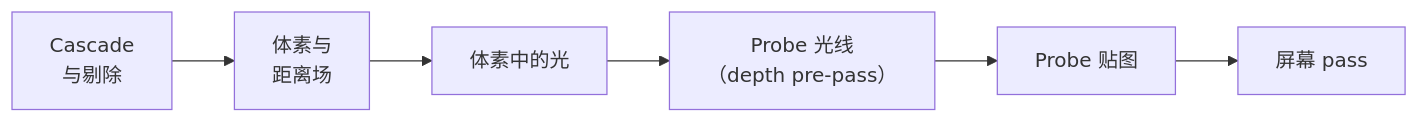
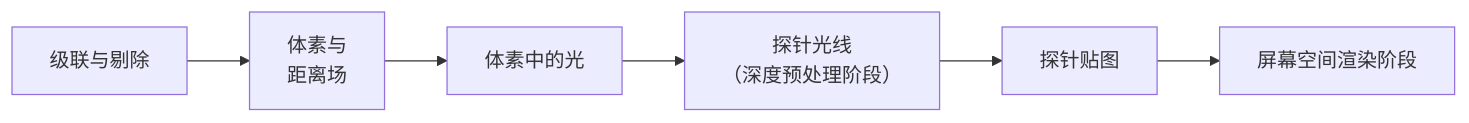
The diagram in packages/godot_sdfgi/video/zh-CN/diagrams/frame.mmd (OppositeNor/render-lab), drawn with Mermaid before and after one commit. The commit also changed 122 other files, not shown here.

```diff
--- a/packages/godot_sdfgi/video/zh-CN/diagrams/frame.mmd
+++ b/packages/godot_sdfgi/video/zh-CN/diagrams/frame.mmd
@@ -1,6 +1,6 @@
 flowchart LR
-    UPD["Cascade<br/>与剔除"] --> VOX["体素与<br/>距离场"]
+    UPD["级联与剔除"] --> VOX["体素与<br/>距离场"]
     VOX --> LIGHT["体素中的光"]
-    LIGHT --> PRE["Probe 光线<br/>（depth pre-pass）"]
-    PRE --> STORE["Probe 贴图"]
-    STORE --> GI["屏幕 pass"]
+    LIGHT --> PRE["探针光线<br/>（深度预处理阶段）"]
+    PRE --> STORE["探针贴图"]
+    STORE --> GI["屏幕空间渲染阶段"]
```
